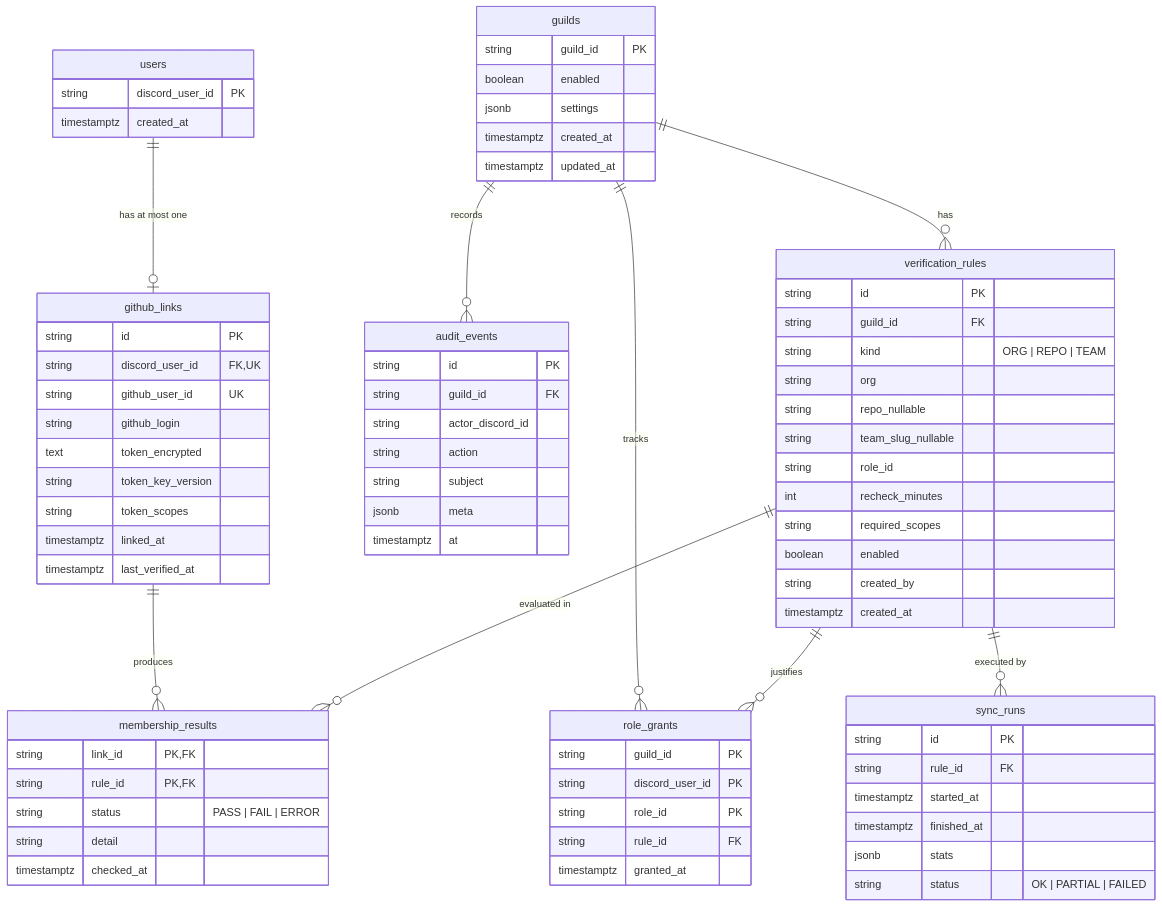
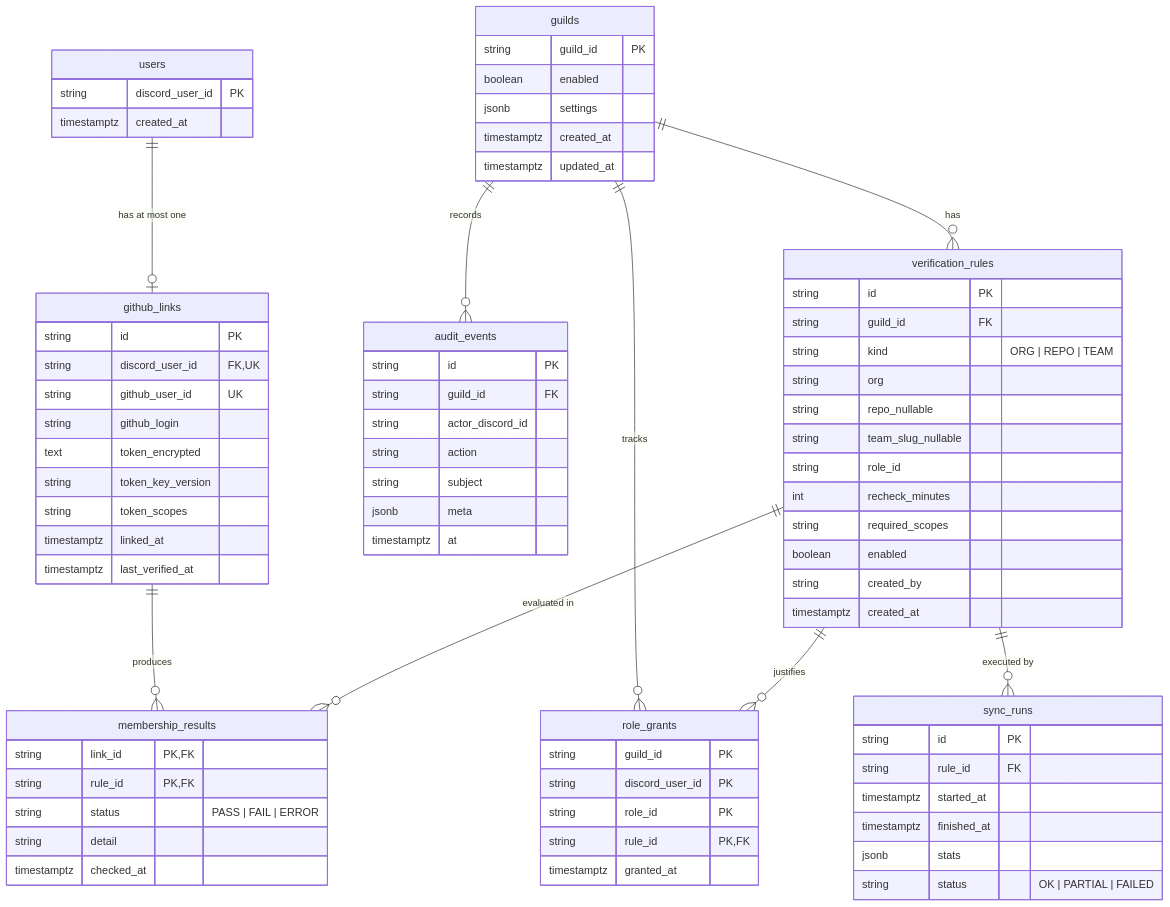
One commit to Ishannaik/mergeid changed the diagram in docs/database.md. Above: the diagram before and after it, drawn with Mermaid. The commit also changed other lines of this file and 6 other files, not shown here.

````diff
--- a/docs/database.md
+++ b/docs/database.md
@@ -16,79 +16,79 @@
 ```mermaid
 erDiagram
     guilds ||--o{ verification_rules : "has"
     guilds ||--o{ audit_events : "records"
     guilds ||--o{ role_grants : "tracks"
     users ||--o| github_links : "has at most one"
     github_links ||--o{ membership_results : "produces"
     verification_rules ||--o{ membership_results : "evaluated in"
     verification_rules ||--o{ role_grants : "justifies"
     verification_rules ||--o{ sync_runs : "executed by"
 
     guilds {
         string guild_id PK
         boolean enabled
         jsonb settings
         timestamptz created_at
         timestamptz updated_at
     }
     users {
         string discord_user_id PK
         timestamptz created_at
     }
     github_links {
         string id PK
         string discord_user_id FK,UK
         string github_user_id UK
         string github_login
         text token_encrypted
         string token_key_version
         string token_scopes
         timestamptz linked_at
         timestamptz last_verified_at
     }
     verification_rules {
         string id PK
         string guild_id FK
         string kind "ORG | REPO | TEAM"
         string org
         string repo_nullable
         string team_slug_nullable
         string role_id
         int recheck_minutes
         string required_scopes
         boolean enabled
         string created_by
         timestamptz created_at
     }
     membership_results {
         string link_id PK,FK
         string rule_id PK,FK
         string status "PASS | FAIL | ERROR"
         string detail
         timestamptz checked_at
     }
     role_grants {
         string guild_id PK
         string discord_user_id PK
         string role_id PK
-        string rule_id FK
+        string rule_id PK,FK
         timestamptz granted_at
     }
     audit_events {
         string id PK
         string guild_id FK
         string actor_discord_id
         string action
         string subject
         jsonb meta
         timestamptz at
     }
     sync_runs {
         string id PK
         string rule_id FK
         timestamptz started_at
         timestamptz finished_at
         jsonb stats
         string status "OK | PARTIAL | FAILED"
     }
 ```
````
